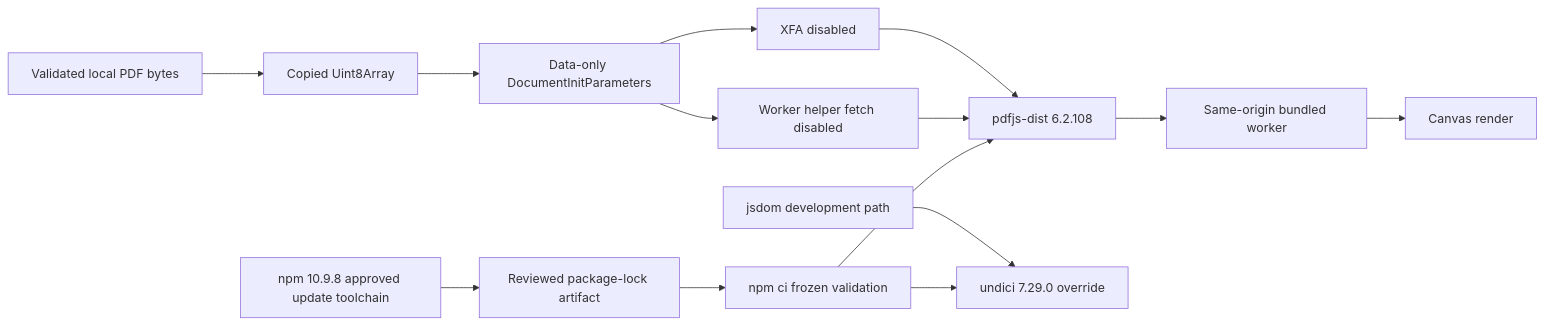
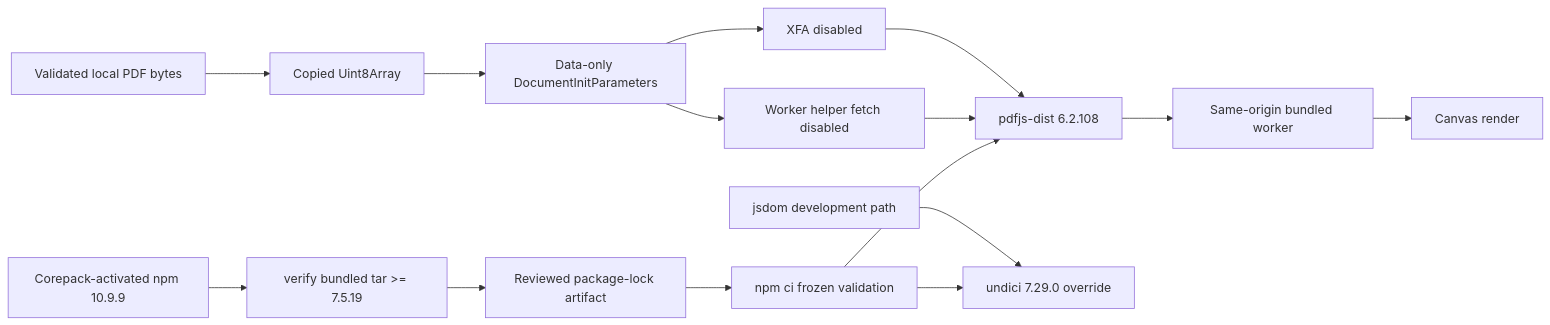
Before and after one commit to ContextualWisdomLab/bandscope: the diagram in docs/doctoring/high-security-pdf-http-baseline.md, drawn with Mermaid. The commit also changed other lines of this file, not shown here.

Commit message:
docs(security): align dependency baseline with patched npm

````diff
--- a/docs/doctoring/high-security-pdf-http-baseline.md
+++ b/docs/doctoring/high-security-pdf-http-baseline.md
@@ -15,16 +15,17 @@
 ```mermaid
 flowchart LR
     A[Validated local PDF bytes] --> B[Copied Uint8Array]
     B --> D[Data-only DocumentInitParameters]
     D --> X[XFA disabled]
     D --> F[Worker helper fetch disabled]
     X --> C[pdfjs-dist 6.2.108]
     F --> C
     C --> W[Same-origin bundled worker]
     W --> R[Canvas render]
     J[jsdom development path] --> U[undici 7.29.0 override]
-    N[npm 10.9.8 approved update toolchain] --> L[Reviewed package-lock artifact]
+    N[Corepack-activated npm 10.9.9] --> T[verify bundled tar >= 7.5.19]
+    T --> L[Reviewed package-lock artifact]
     L --> V[npm ci frozen validation]
     V --> C
     V --> U
 ```
````
